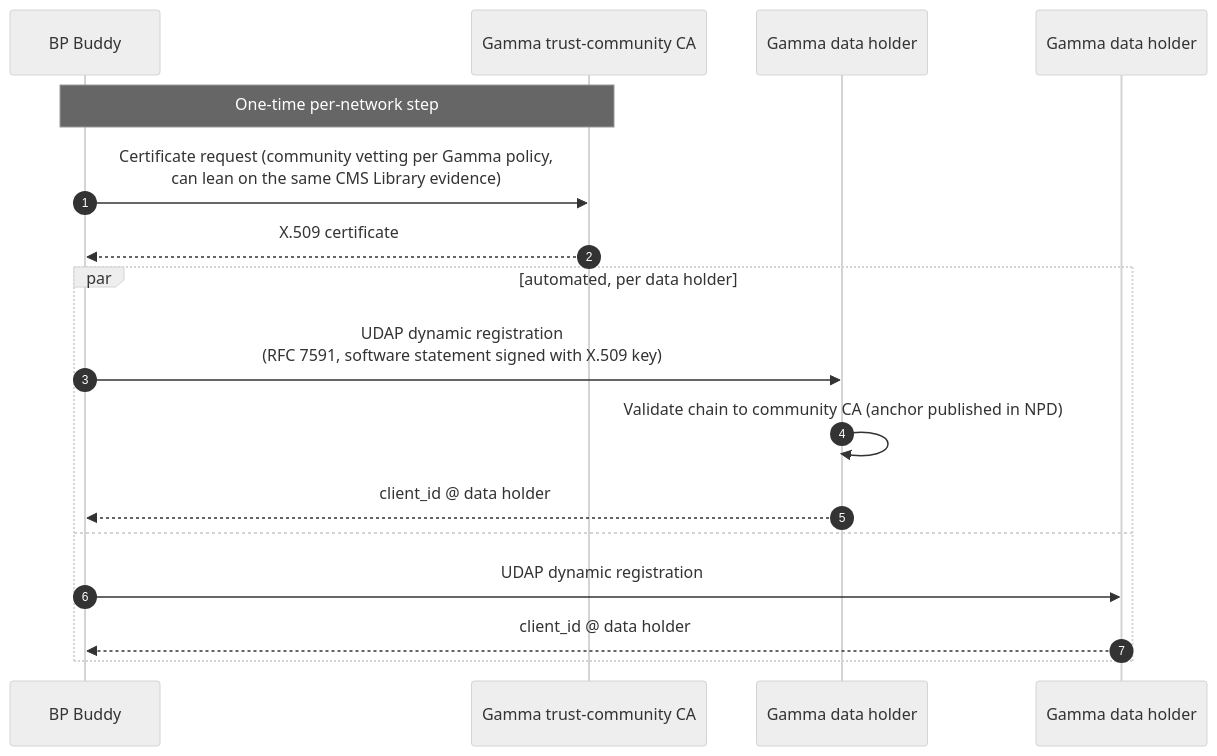
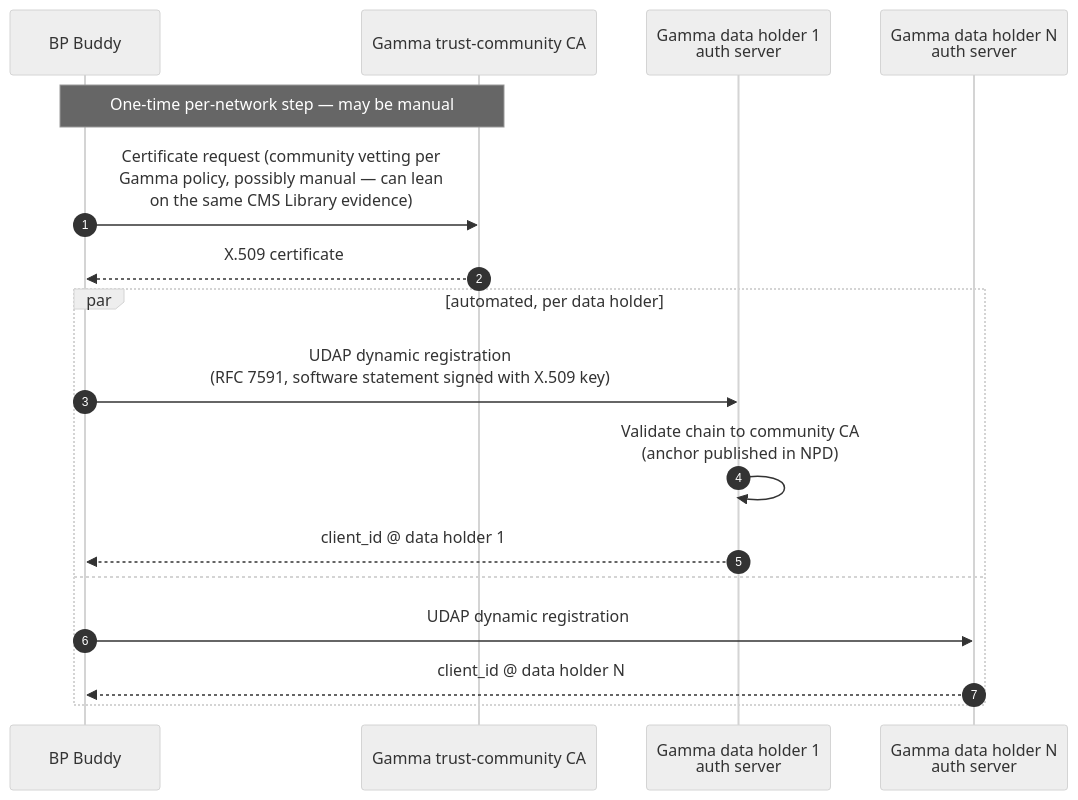
The fifth of 10 diagrams in app-connectivity-flows.md (jmandel/cms-ns), drawn with Mermaid (neutral theme) before and after one commit. The commit also changed other lines of this file, not shown here.

First line of the commit message:
2b shows Beta network's possibly-manual onboarding step; fix '#' label truncation

````diff
--- a/app-connectivity-flows.md
+++ b/app-connectivity-flows.md
@@ -135,20 +141,20 @@
 ```mermaid
 sequenceDiagram
     autonumber
     participant App as BP Buddy
     participant CA as Gamma trust-community CA
-    participant DH1 as Gamma data holder #1 auth server
-    participant DHn as Gamma data holder #N auth server
+    participant DH1 as Gamma data holder 1<br/>auth server
+    participant DHn as Gamma data holder N<br/>auth server
 
-    Note over App,CA: One-time per-network step
-    App->>CA: Certificate request (community vetting per Gamma policy,<br/>can lean on the same CMS Library evidence)
+    Note over App,CA: One-time per-network step — may be manual
+    App->>CA: Certificate request (community vetting per<br/>Gamma policy, possibly manual — can lean<br/>on the same CMS Library evidence)
     CA-->>App: X.509 certificate
     par automated, per data holder
         App->>DH1: UDAP dynamic registration<br/>(RFC 7591, software statement signed with X.509 key)
-        DH1->>DH1: Validate chain to community CA (anchor published in NPD)
-        DH1-->>App: client_id @ data holder #1
+        DH1->>DH1: Validate chain to community CA<br/>(anchor published in NPD)
+        DH1-->>App: client_id @ data holder 1
     and
         App->>DHn: UDAP dynamic registration
-        DHn-->>App: client_id @ data holder #N
+        DHn-->>App: client_id @ data holder N
     end
 ```
````
